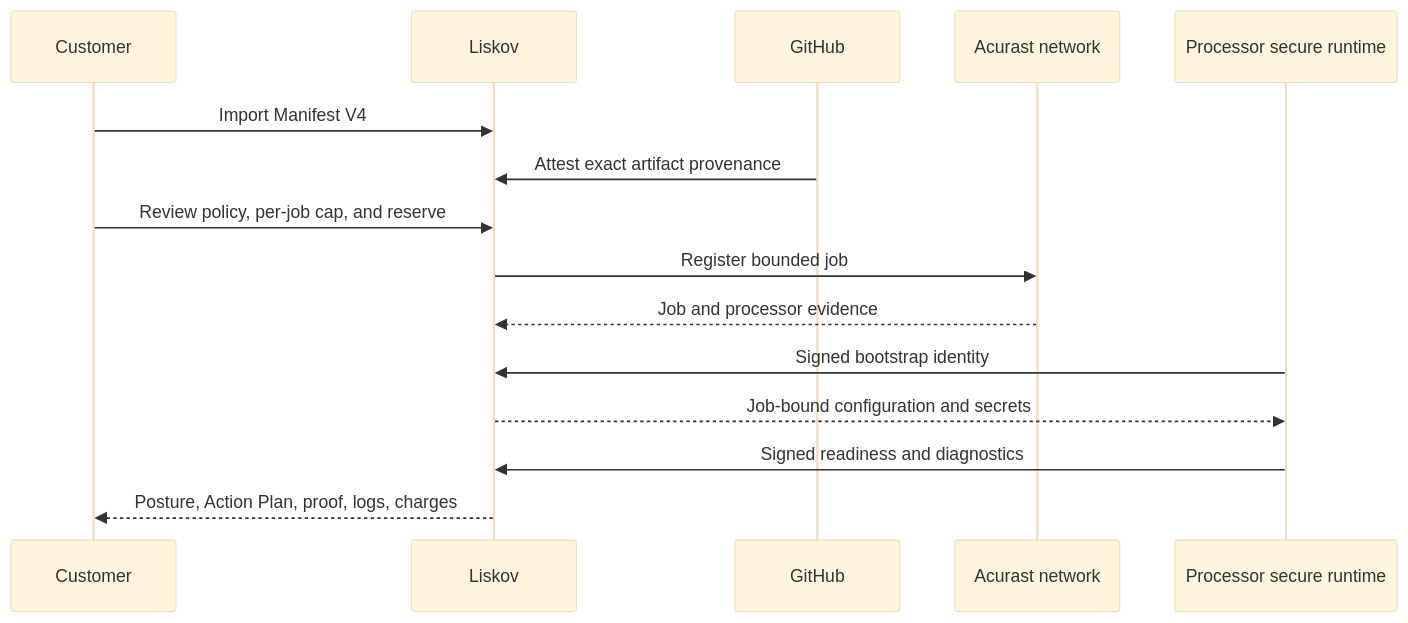
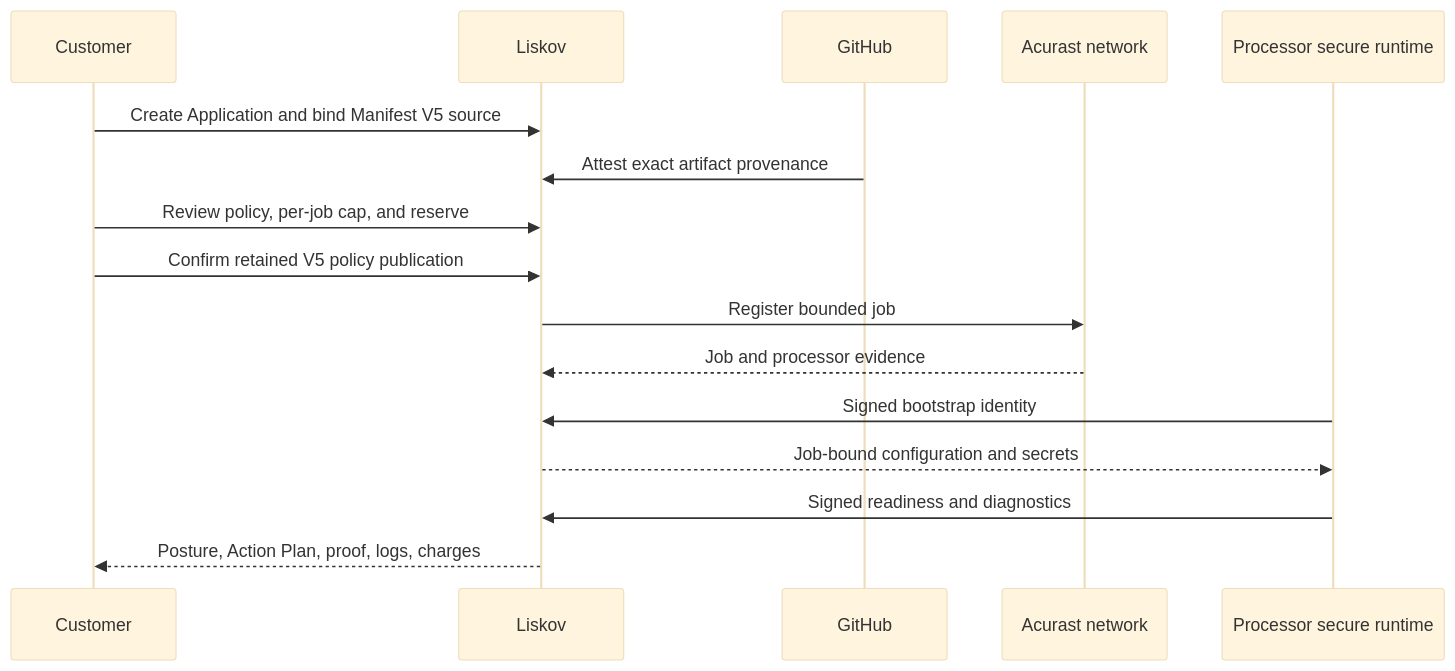
One commit to proof-computer/docs changed the diagram in docs/liskov/concepts/how-liskov-works.md. Above: the diagram before and after it, drawn with Mermaid (base theme). The commit also changed other lines of this file and 21 other files, not shown here.

First line of the commit message:
Withdraw Manifest V4 import guidance

````diff
--- a/docs/liskov/concepts/how-liskov-works.md
+++ b/docs/liskov/concepts/how-liskov-works.md
@@ -15,18 +15,19 @@
 ```mermaid
 sequenceDiagram
   participant U as Customer
   participant L as Liskov
   participant G as GitHub
   participant A as Acurast network
   participant P as Processor secure runtime
 
-  U->>L: Import Manifest V4
+  U->>L: Create Application and bind Manifest V5 source
   G->>L: Attest exact artifact provenance
   U->>L: Review policy, per-job cap, and reserve
+  U->>L: Confirm retained V5 policy publication
   L->>A: Register bounded job
   A-->>L: Job and processor evidence
   P->>L: Signed bootstrap identity
   L-->>P: Job-bound configuration and secrets
   P->>L: Signed readiness and diagnostics
   L-->>U: Posture, Action Plan, proof, logs, charges
 ```
````
